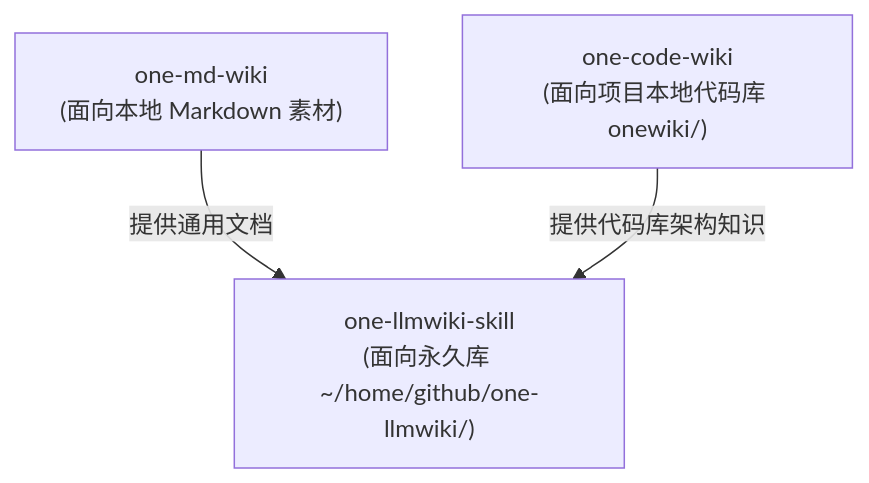
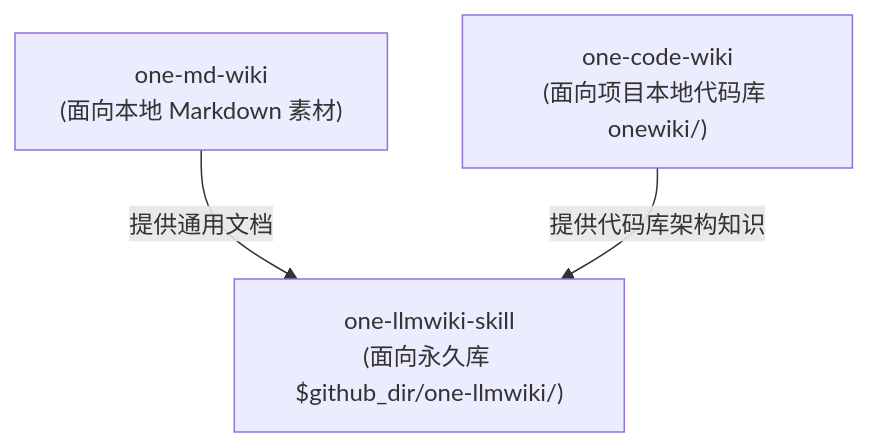
The diagram in onewiki/wiki-systems/llm-wiki.md (wupengbo125/one-skills), drawn with Mermaid before and after one commit. The commit also changed other lines of this file and 12 other files, not shown here.

Commit message:
refactor: rename home dir to onespace, use $github_dir var

````diff
--- a/onewiki/wiki-systems/llm-wiki.md
+++ b/onewiki/wiki-systems/llm-wiki.md
@@ -24,9 +24,9 @@
 ```mermaid
 flowchart TD
-    LLMWiki["one-llmwiki-skill<br/>(面向永久库 ~/home/github/one-llmwiki/)"] 
+    LLMWiki["one-llmwiki-skill<br/>(面向永久库 $github_dir/one-llmwiki/)"] 
     CodeWiki["one-code-wiki<br/>(面向项目本地代码库 onewiki/)"] 
     MDWiki["one-md-wiki<br/>(面向本地 Markdown 素材)"]
 
     MDWiki -->|提供通用文档| LLMWiki
     CodeWiki -->|提供代码库架构知识| LLMWiki
 ```
````
